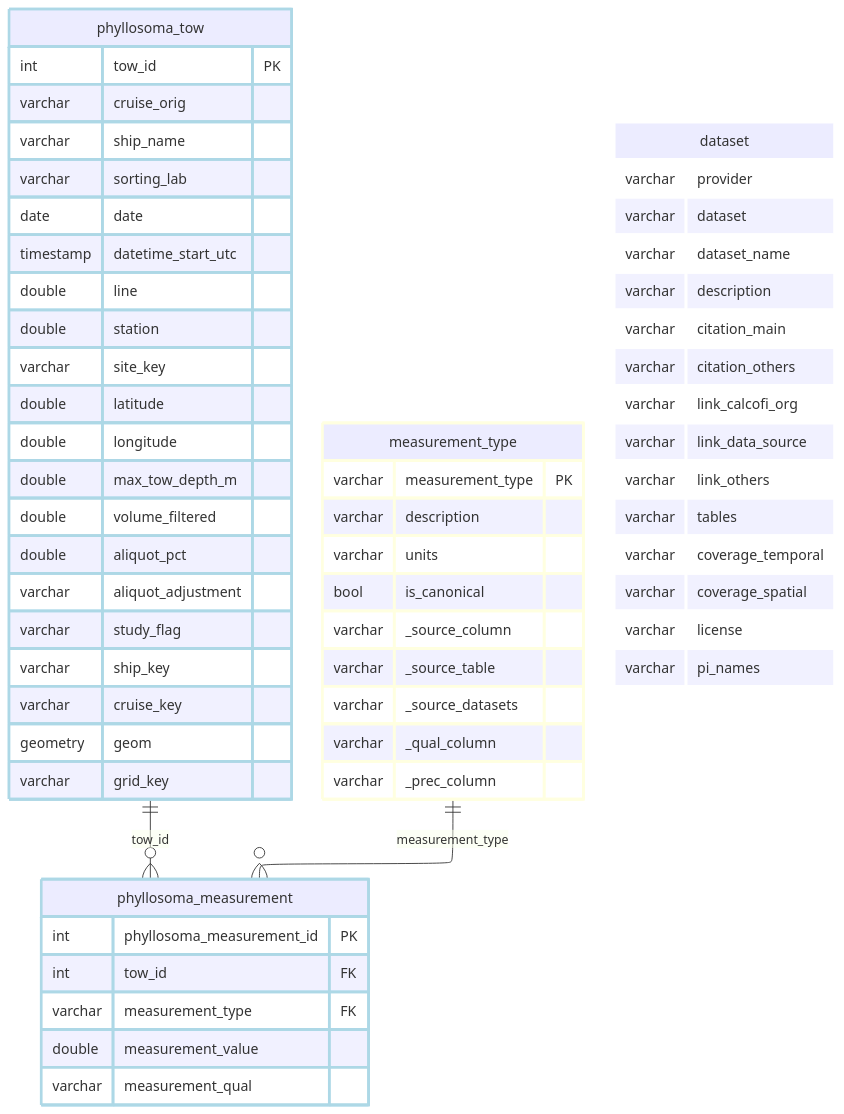
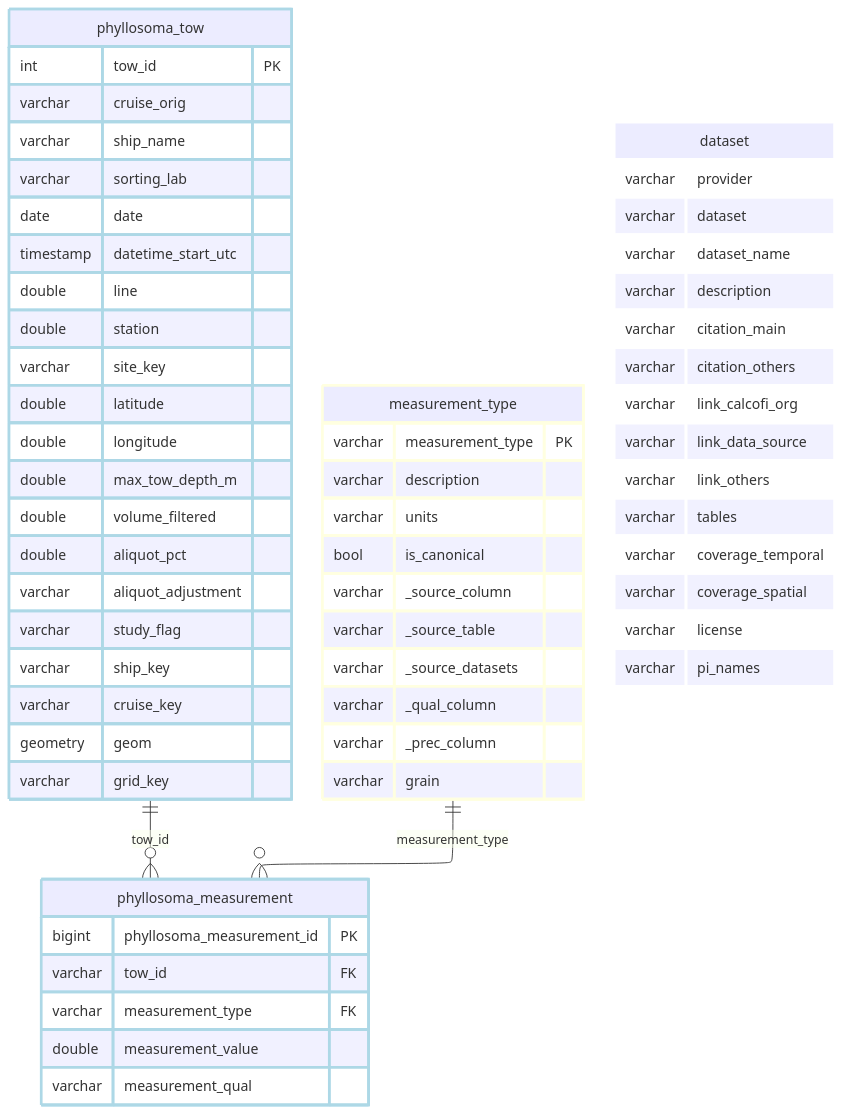
One commit to CalCOFI/workflows changed the diagram in _output/ingest_calcofi_phyllosoma_files/figure-html/finalize-1.mmd. Above: the diagram before and after it, drawn with Mermaid. The commit also changed 243 other files, not shown here.

```diff
--- a/_output/ingest_calcofi_phyllosoma_files/figure-html/finalize-1.mmd
+++ b/_output/ingest_calcofi_phyllosoma_files/figure-html/finalize-1.mmd
@@ -1,69 +1,70 @@
 ---
 config:
   layout: elk
 ---
 erDiagram
     phyllosoma_tow {
         int tow_id PK
         varchar cruise_orig
         varchar ship_name
         varchar sorting_lab
         date date
         timestamp datetime_start_utc
         double line
         double station
         varchar site_key
         double latitude
         double longitude
         double max_tow_depth_m
         double volume_filtered
         double aliquot_pct
         varchar aliquot_adjustment
         varchar study_flag
         varchar ship_key
         varchar cruise_key
         geometry geom
         varchar grid_key
     }
     phyllosoma_measurement {
-        int phyllosoma_measurement_id PK
-        int tow_id FK
+        bigint phyllosoma_measurement_id PK
+        varchar tow_id FK
         varchar measurement_type FK
         double measurement_value
         varchar measurement_qual
     }
     measurement_type {
         varchar measurement_type PK
         varchar description
         varchar units
         bool is_canonical
         varchar _source_column
         varchar _source_table
         varchar _source_datasets
         varchar _qual_column
         varchar _prec_column
+        varchar grain
     }
     dataset {
         varchar provider
         varchar dataset
         varchar dataset_name
         varchar description
         varchar citation_main
         varchar citation_others
         varchar link_calcofi_org
         varchar link_data_source
         varchar link_others
         varchar tables
         varchar coverage_temporal
         varchar coverage_spatial
         varchar license
         varchar pi_names
     }
     phyllosoma_tow ||--o{ phyllosoma_measurement : "tow_id"
     measurement_type ||--o{ phyllosoma_measurement : "measurement_type"
     classDef lightblue stroke:#ADD8E6,stroke-width:3px
     class phyllosoma_tow,phyllosoma_measurement lightblue
     classDef lightyellow stroke:#FFFFE0,stroke-width:3px
     class measurement_type lightyellow
     classDef white stroke:#FFFFFF,stroke-width:3px
     class dataset white
```
